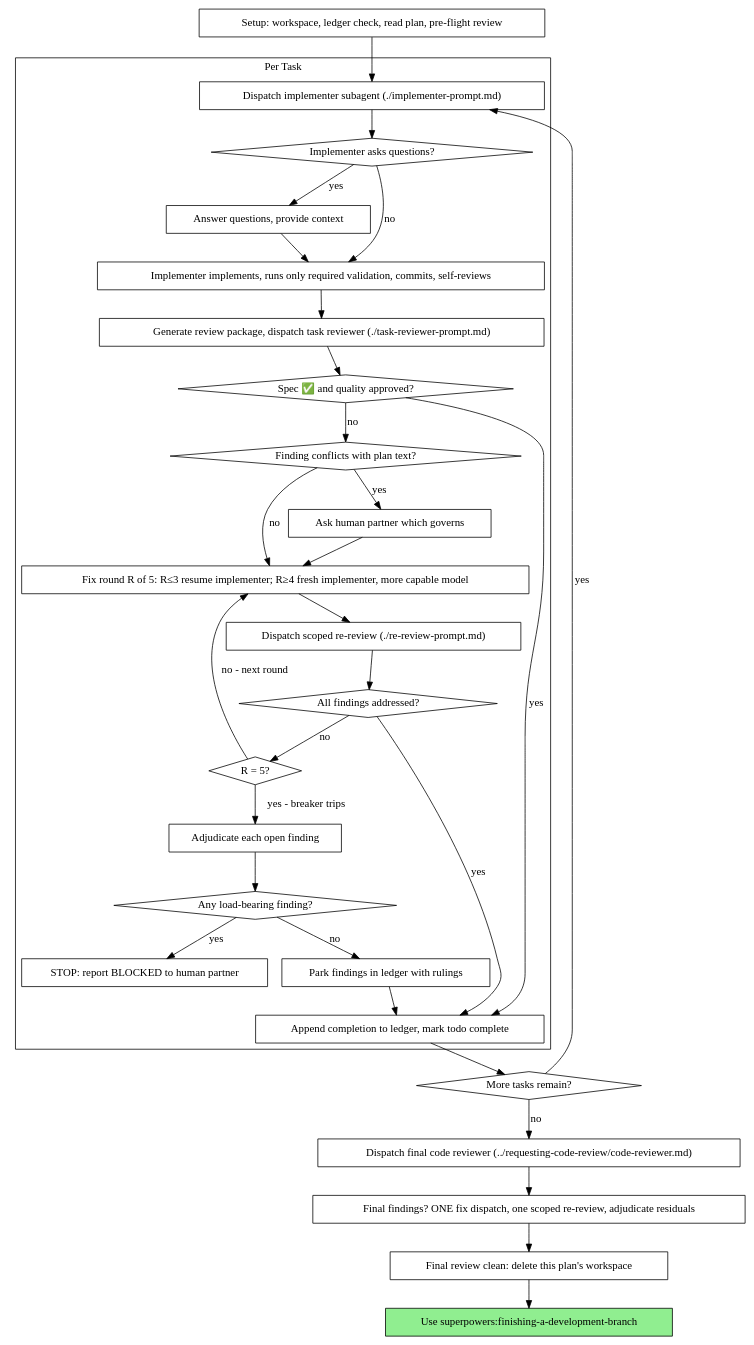
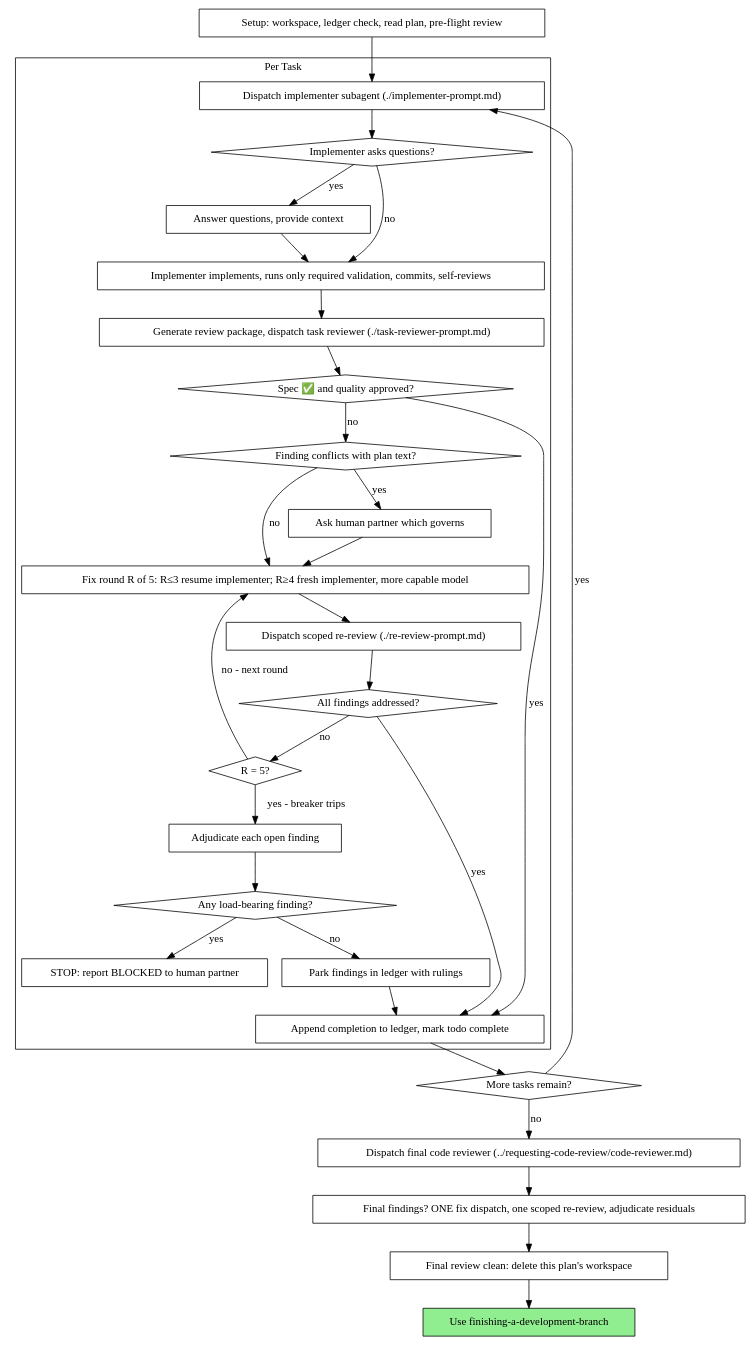
The second of 2 diagrams in skills/subagent-driven-development/SKILL.md (ham-zax/mcp_bridge), drawn with Graphviz before and after one commit. The commit also changed other lines of this file and 23 other files, not shown here.

````diff
--- a/skills/subagent-driven-development/SKILL.md
+++ b/skills/subagent-driven-development/SKILL.md
@@ -49,62 +49,62 @@
 ```dot
 digraph process {
     rankdir=TB;
 
     subgraph cluster_per_task {
         label="Per Task";
         "Dispatch implementer subagent (./implementer-prompt.md)" [shape=box];
         "Implementer asks questions?" [shape=diamond];
         "Answer questions, provide context" [shape=box];
         "Implementer implements, runs only required validation, commits, self-reviews" [shape=box];
         "Generate review package, dispatch task reviewer (./task-reviewer-prompt.md)" [shape=box];
         "Spec ✅ and quality approved?" [shape=diamond];
         "Finding conflicts with plan text?" [shape=diamond];
         "Ask human partner which governs" [shape=box];
         "Fix round R of 5: R≤3 resume implementer; R≥4 fresh implementer, more capable model" [shape=box];
         "Dispatch scoped re-review (./re-review-prompt.md)" [shape=box];
         "All findings addressed?" [shape=diamond];
         "R = 5?" [shape=diamond];
         "Adjudicate each open finding" [shape=box];
         "Any load-bearing finding?" [shape=diamond];
         "STOP: report BLOCKED to human partner" [shape=box];
         "Park findings in ledger with rulings" [shape=box];
         "Append completion to ledger, mark todo complete" [shape=box];
     }
 
     "Setup: workspace, ledger check, read plan, pre-flight review" [shape=box];
     "More tasks remain?" [shape=diamond];
     "Dispatch final code reviewer (../requesting-code-review/code-reviewer.md)" [shape=box];
     "Final findings? ONE fix dispatch, one scoped re-review, adjudicate residuals" [shape=box];
     "Final review clean: delete this plan's workspace" [shape=box];
-    "Use superpowers:finishing-a-development-branch" [shape=box style=filled fillcolor=lightgreen];
+    "Use finishing-a-development-branch" [shape=box style=filled fillcolor=lightgreen];
 
     "Setup: workspace, ledger check, read plan, pre-flight review" -> "Dispatch implementer subagent (./implementer-prompt.md)";
     "Dispatch implementer subagent (./implementer-prompt.md)" -> "Implementer asks questions?";
     "Implementer asks questions?" -> "Answer questions, provide context" [label="yes"];
     "Answer questions, provide context" -> "Implementer implements, runs only required validation, commits, self-reviews";
     "Implementer asks questions?" -> "Implementer implements, runs only required validation, commits, self-reviews" [label="no"];
     "Implementer implements, runs only required validation, commits, self-reviews" -> "Generate review package, dispatch task reviewer (./task-reviewer-prompt.md)";
     "Generate review package, dispatch task reviewer (./task-reviewer-prompt.md)" -> "Spec ✅ and quality approved?";
     "Spec ✅ and quality approved?" -> "Append completion to ledger, mark todo complete" [label="yes"];
     "Spec ✅ and quality approved?" -> "Finding conflicts with plan text?" [label="no"];
     "Finding conflicts with plan text?" -> "Ask human partner which governs" [label="yes"];
     "Ask human partner which governs" -> "Fix round R of 5: R≤3 resume implementer; R≥4 fresh implementer, more capable model";
     "Finding conflicts with plan text?" -> "Fix round R of 5: R≤3 resume implementer; R≥4 fresh implementer, more capable model" [label="no"];
     "Fix round R of 5: R≤3 resume implementer; R≥4 fresh implementer, more capable model" -> "Dispatch scoped re-review (./re-review-prompt.md)";
     "Dispatch scoped re-review (./re-review-prompt.md)" -> "All findings addressed?";
     "All findings addressed?" -> "Append completion to ledger, mark todo complete" [label="yes"];
     "All findings addressed?" -> "R = 5?" [label="no"];
     "R = 5?" -> "Fix round R of 5: R≤3 resume implementer; R≥4 fresh implementer, more capable model" [label="no - next round"];
     "R = 5?" -> "Adjudicate each open finding" [label="yes - breaker trips"];
     "Adjudicate each open finding" -> "Any load-bearing finding?";
     "Any load-bearing finding?" -> "STOP: report BLOCKED to human partner" [label="yes"];
     "Any load-bearing finding?" -> "Park findings in ledger with rulings" [label="no"];
     "Park findings in ledger with rulings" -> "Append completion to ledger, mark todo complete";
     "Append completion to ledger, mark todo complete" -> "More tasks remain?";
     "More tasks remain?" -> "Dispatch implementer subagent (./implementer-prompt.md)" [label="yes"];
     "More tasks remain?" -> "Dispatch final code reviewer (../requesting-code-review/code-reviewer.md)" [label="no"];
     "Dispatch final code reviewer (../requesting-code-review/code-reviewer.md)" -> "Final findings? ONE fix dispatch, one scoped re-review, adjudicate residuals";
     "Final findings? ONE fix dispatch, one scoped re-review, adjudicate residuals" -> "Final review clean: delete this plan's workspace";
-    "Final review clean: delete this plan's workspace" -> "Use superpowers:finishing-a-development-branch";
+    "Final review clean: delete this plan's workspace" -> "Use finishing-a-development-branch";
 }
 ```
````
